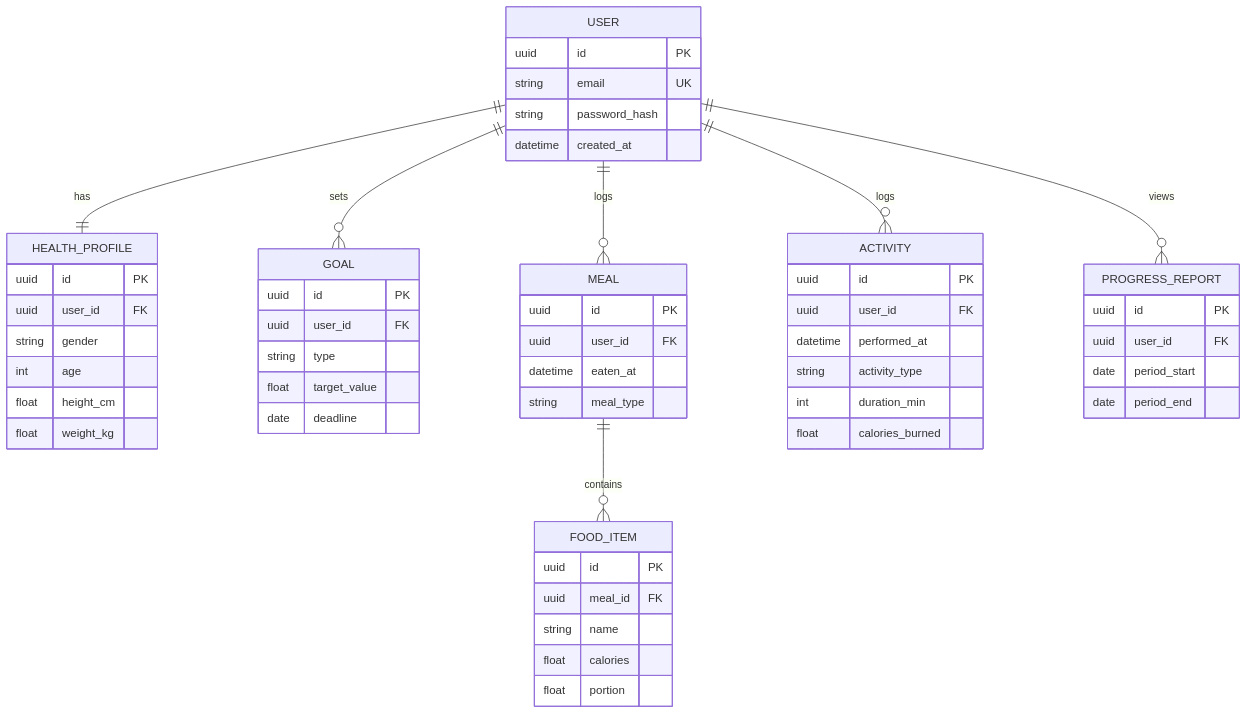
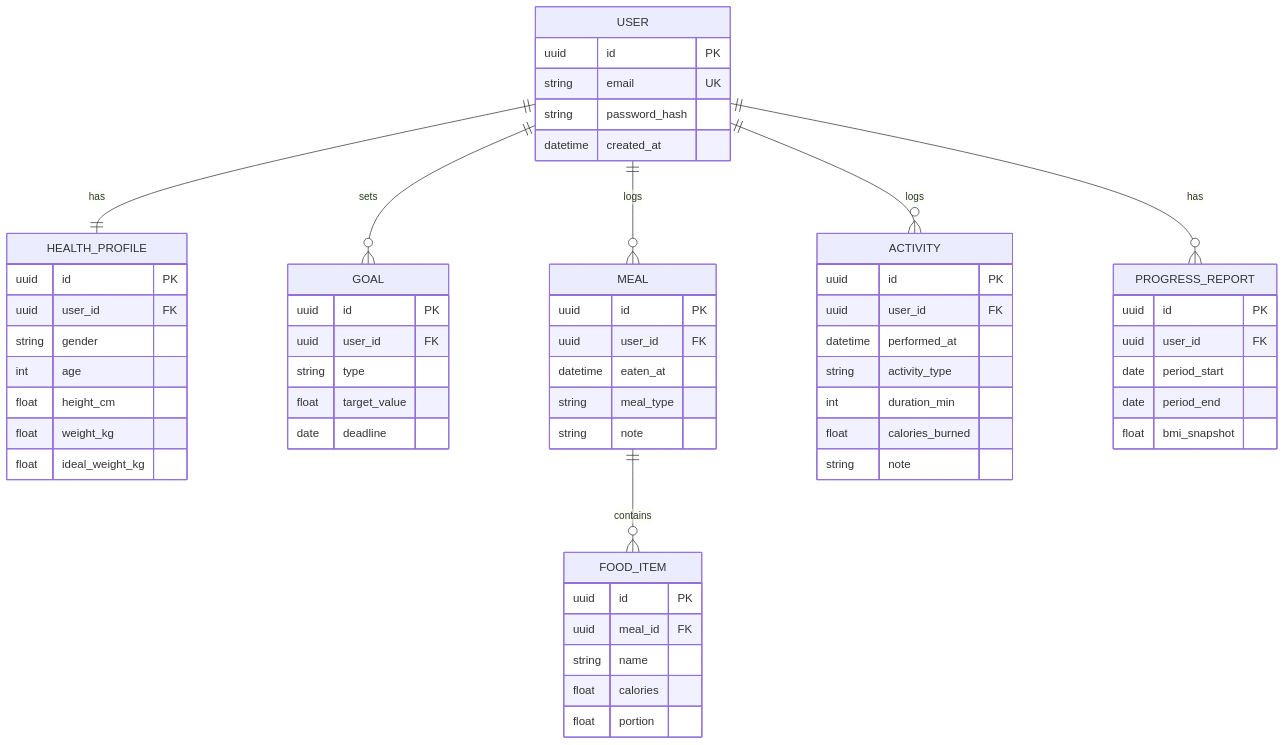
The diagram in docs/architecture/database.md (RtinFp/relapsa), drawn with Mermaid before and after one commit. The commit also changed other lines of this file and 10 other files, not shown here.

````diff
--- a/docs/architecture/database.md
+++ b/docs/architecture/database.md
@@ -5,64 +3,68 @@
 ```mermaid
 erDiagram
   USER ||--|| HEALTH_PROFILE : has
   USER ||--o{ GOAL : sets
   USER ||--o{ MEAL : logs
   USER ||--o{ ACTIVITY : logs
-  USER ||--o{ PROGRESS_REPORT : views
+  USER ||--o{ PROGRESS_REPORT : has
   MEAL ||--o{ FOOD_ITEM : contains
 
   USER {
     uuid id PK
     string email UK
     string password_hash
     datetime created_at
   }
 
   HEALTH_PROFILE {
     uuid id PK
     uuid user_id FK
     string gender
     int age
     float height_cm
     float weight_kg
+    float ideal_weight_kg
   }
 
   GOAL {
     uuid id PK
     uuid user_id FK
     string type
     float target_value
     date deadline
   }
 
   MEAL {
     uuid id PK
     uuid user_id FK
     datetime eaten_at
     string meal_type
+    string note
   }
 
   FOOD_ITEM {
     uuid id PK
     uuid meal_id FK
     string name
     float calories
     float portion
   }
 
   ACTIVITY {
     uuid id PK
     uuid user_id FK
     datetime performed_at
     string activity_type
     int duration_min
     float calories_burned
+    string note
   }
 
   PROGRESS_REPORT {
     uuid id PK
     uuid user_id FK
     date period_start
     date period_end
+    float bmi_snapshot
   }
 ```
````
